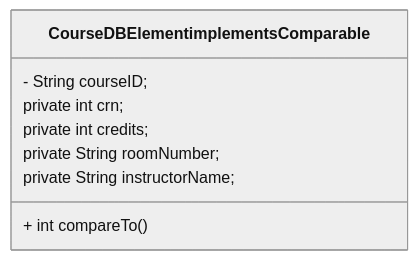
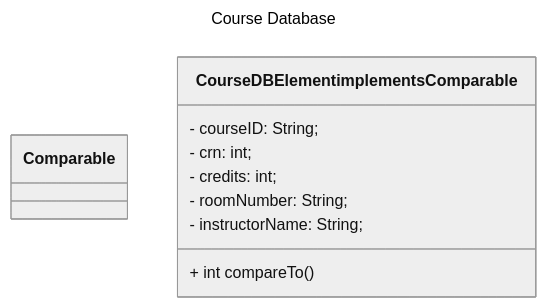
One commit to nick-nugat/nick-nugat.github.io changed the diagram in content/project-designs/cmsc204/NguyenNicholas_Assignment4_Design/assignment4-design.md. Above: the diagram before and after it, drawn with Mermaid (neutral theme). The commit also changed other lines of this file and 1 other file, not shown here.

Commit message:
vault backup: 2024-03-14 13:02:55
Affected files:
content/.obsidian/plugins/update-time-on-edit/data.json
content/project-designs/cmsc204/NguyenNicholas_Assignment4_Design/assignment4-design.md

````diff
--- a/content/project-designs/cmsc204/NguyenNicholas_Assignment4_Design/assignment4-design.md
+++ b/content/project-designs/cmsc204/NguyenNicholas_Assignment4_Design/assignment4-design.md
@@ -15,18 +15,21 @@
 ```mermaid
+---
+title: Course Database
+---
 classDiagram
 
 direction BT
-
+class Comparable
 class CourseDBElement implements Comparable { 
     
-    - String courseID;  
-    private int crn;  
-    private int credits;  
-    private String roomNumber;  
-    private String instructorName;  
+    - courseID: String;  
+    - crn: int;  
+    - credits: int;  
+    - roomNumber: String;  
+    - instructorName: String;  
   
     + int compareTo()
     
 }
 
 ```
````
